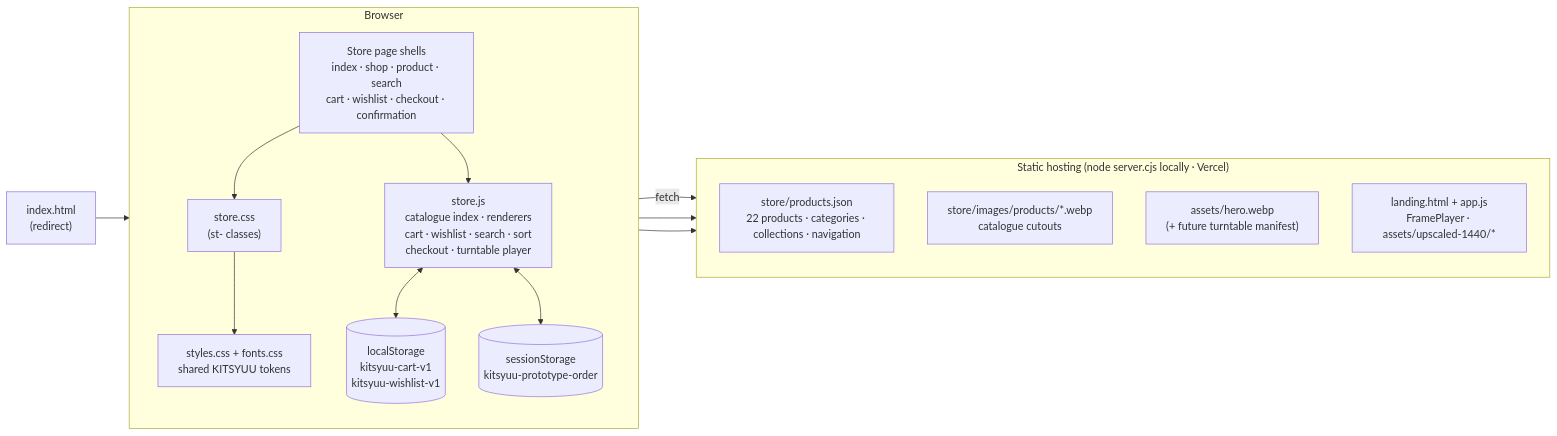
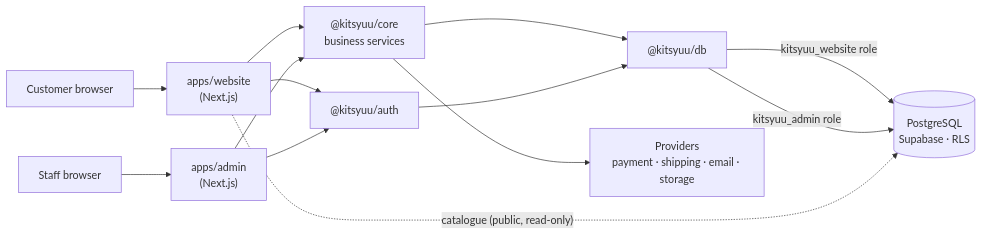
Before and after one commit to Nivetha-K-max/Kitsyuu_E-Commerce: the first of 2 diagrams in README.md, drawn with Mermaid. The commit also changed other lines of this file and 13 other files, not shown here.

First line of the commit message:
docs: document the platform architecture and M7 core commerce

````diff
--- a/README.md
+++ b/README.md
@@ -67,27 +100,15 @@
 ```mermaid
 flowchart LR
-  subgraph Browser
-    direction TB
-    Pages["Store page shells<br/>index · shop · product · search<br/>cart · wishlist · checkout · confirmation"]
-    JS["store.js<br/>catalogue index · renderers<br/>cart · wishlist · search · sort<br/>checkout · turntable player"]
-    CSS["store.css<br/>(st- classes)"]
-    Tokens["styles.css + fonts.css<br/>shared KITSYUU tokens"]
-    LS[("localStorage<br/>kitsyuu-cart-v1<br/>kitsyuu-wishlist-v1")]
-    SS[("sessionStorage<br/>kitsyuu-prototype-order")]
-    Pages --> JS
-    Pages --> CSS --> Tokens
-    JS <--> LS
-    JS <--> SS
-  end
-  subgraph Static["Static hosting (node server.cjs locally · Vercel)"]
-    direction TB
-    Data["store/products.json<br/>22 products · categories · collections · navigation"]
-    Img["store/images/products/*.webp<br/>catalogue cutouts"]
-    Hero["assets/hero.webp<br/>(+ future turntable manifest)"]
-    Landing["landing.html + app.js<br/>FramePlayer · assets/upscaled-1440/*"]
-  end
-  JS -- fetch --> Data
-  JS --> Img
-  JS --> Hero
-  Root["index.html<br/>(redirect)"] --> Pages
+  C["Customer browser"] --> W["apps/website<br/>(Next.js)"]
+  S["Staff browser"] --> A["apps/admin<br/>(Next.js)"]
+  W --> Core["@kitsyuu/core<br/>business services"]
+  A --> Core
+  W --> Auth["@kitsyuu/auth"]
+  A --> Auth
+  Core --> DB["@kitsyuu/db"]
+  Auth --> DB
+  DB -- "kitsyuu_website role" --> PG[("PostgreSQL<br/>Supabase · RLS")]
+  DB -- "kitsyuu_admin role" --> PG
+  Core --> P["Providers<br/>payment · shipping · email · storage"]
+  W -. "catalogue (public, read-only)" .-> PG
 ```
````
